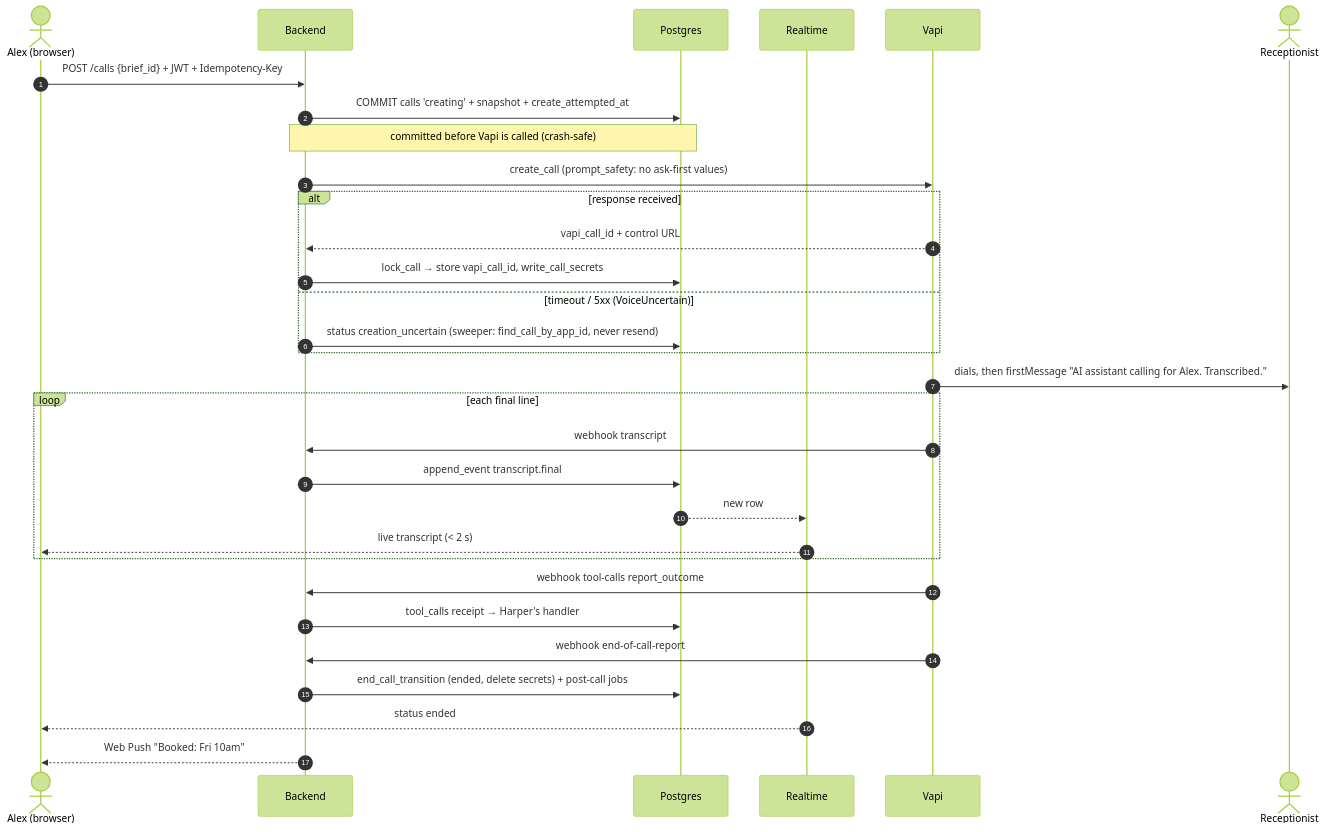
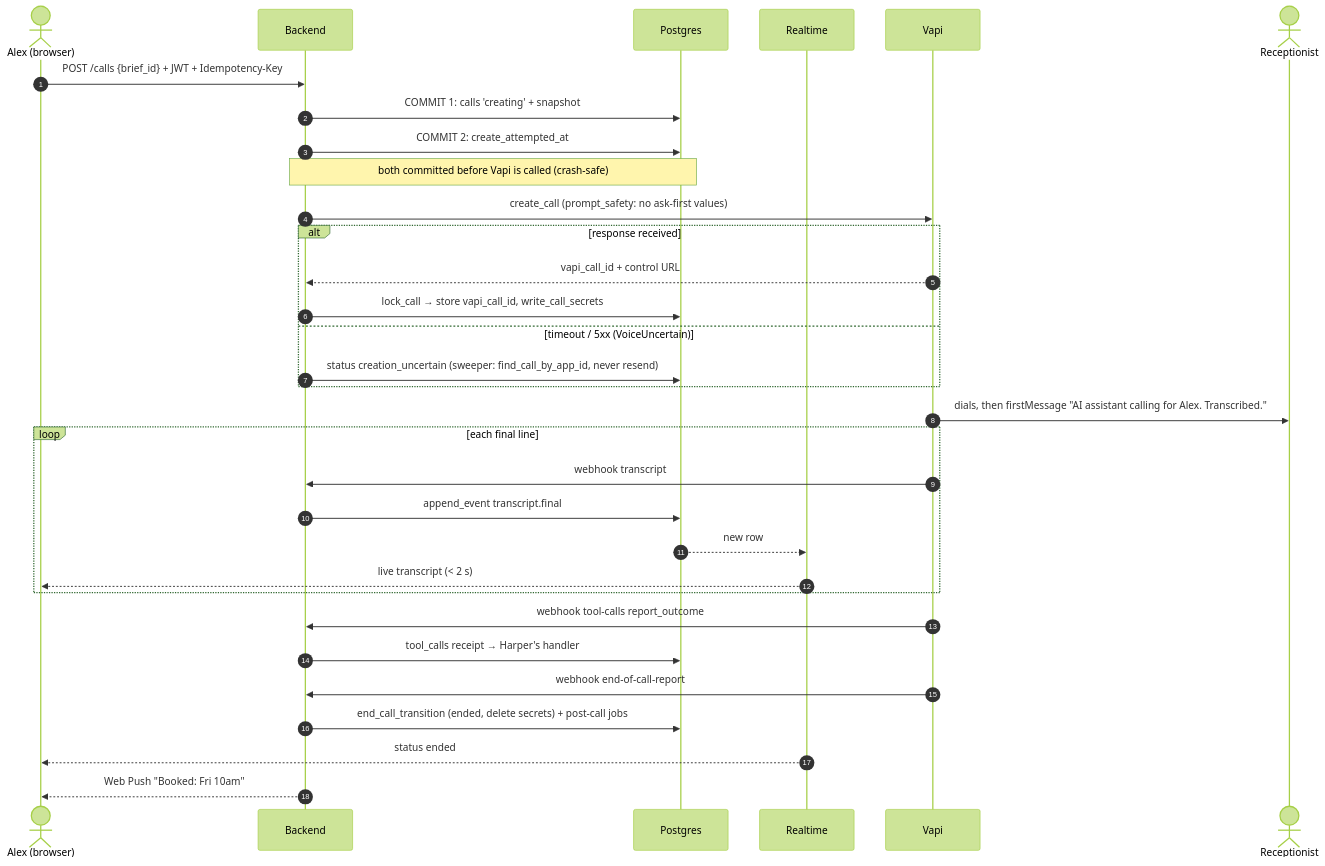
The fourth of 8 diagrams in docs/system-overview.md (cocoleunghokei/nu-outbound-call-agent), drawn with Mermaid (forest theme) before and after one commit. The commit also changed other lines of this file, not shown here.

Commit message:
docs: fix system overview routes, planned-package markers and ingress flow

````diff
--- a/docs/system-overview.md
+++ b/docs/system-overview.md
@@ -268,33 +286,34 @@
 ```mermaid
 sequenceDiagram
   autonumber
   actor U as Alex (browser)
   participant B as Backend
   participant DB as Postgres
   participant RT as Realtime
   participant V as Vapi
   actor R as Receptionist
   U->>B: POST /calls {brief_id} + JWT + Idempotency-Key
-  B->>DB: COMMIT calls 'creating' + snapshot + create_attempted_at
-  Note over B,DB: committed before Vapi is called (crash-safe)
+  B->>DB: COMMIT 1: calls 'creating' + snapshot
+  B->>DB: COMMIT 2: create_attempted_at
+  Note over B,DB: both committed before Vapi is called (crash-safe)
   B->>V: create_call (prompt_safety: no ask-first values)
   alt response received
     V-->>B: vapi_call_id + control URL
     B->>DB: lock_call → store vapi_call_id, write_call_secrets
   else timeout / 5xx (VoiceUncertain)
     B->>DB: status creation_uncertain (sweeper: find_call_by_app_id, never resend)
   end
   V->>R: dials, then firstMessage "AI assistant calling for Alex. Transcribed."
   loop each final line
     V->>B: webhook transcript
     B->>DB: append_event transcript.final
     DB-->>RT: new row
     RT-->>U: live transcript (< 2 s)
   end
   V->>B: webhook tool-calls report_outcome
   B->>DB: tool_calls receipt → Harper's handler
   V->>B: webhook end-of-call-report
   B->>DB: end_call_transition (ended, delete secrets) + post-call jobs
   RT-->>U: status ended
   B-->>U: Web Push "Booked: Fri 10am"
 ```
````
